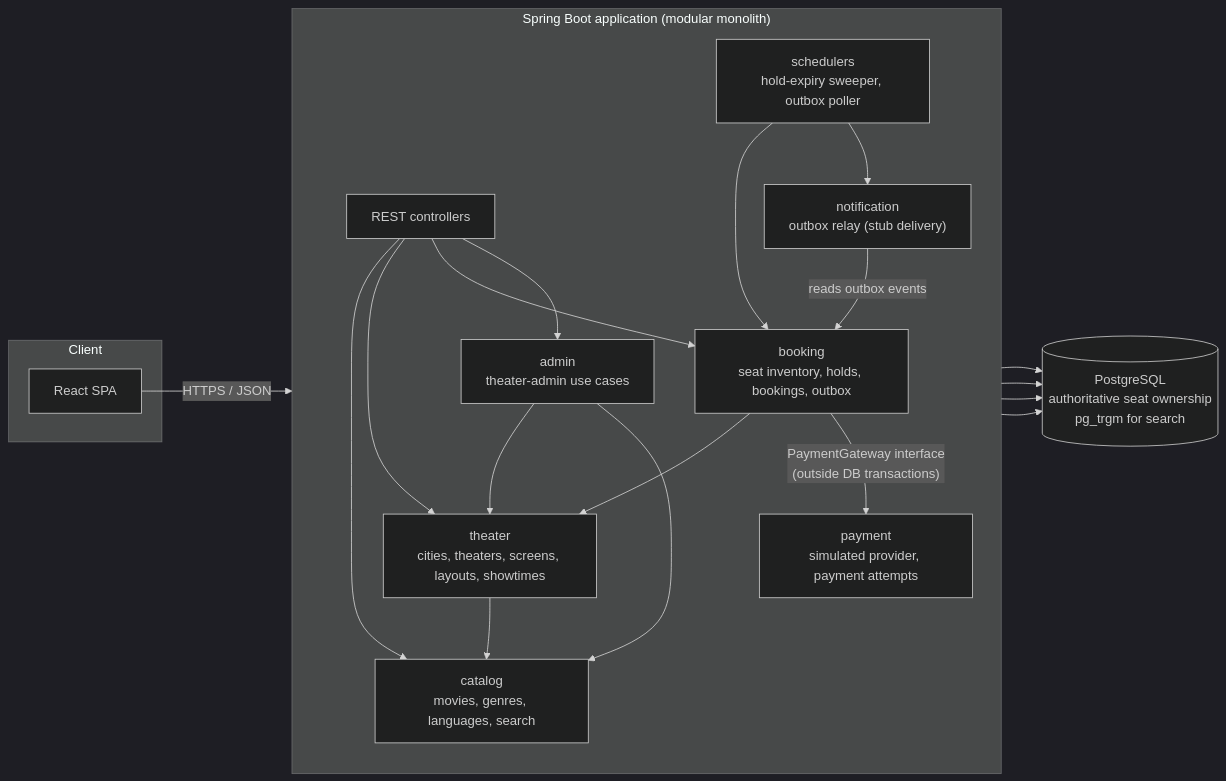
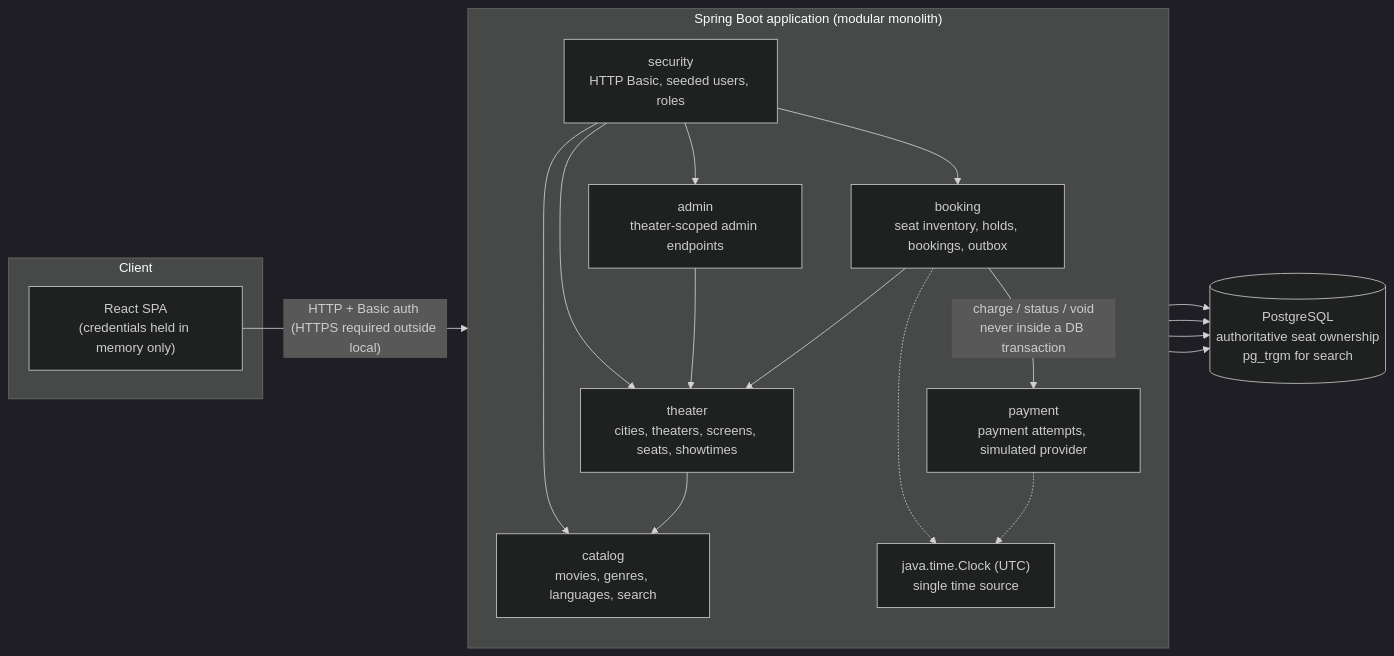
One commit to nikhilramakrishna3005/movie-ticket-booking-system changed the first of 4 diagrams in docs/architecture.md. Above: the diagram before and after it, drawn with Mermaid (dark theme). The commit also changed other lines of this file and 7 other files, not shown here.

````diff
--- a/docs/architecture.md
+++ b/docs/architecture.md
@@ -27,39 +33,35 @@
 ```mermaid
 flowchart LR
     subgraph Client
-        UI["React SPA"]
+        UI["React SPA<br/>(credentials held in memory only)"]
     end
 
     subgraph App["Spring Boot application (modular monolith)"]
         direction TB
-        API["REST controllers"]
+        SEC["security<br/>HTTP Basic, seeded users, roles"]
         CAT["catalog<br/>movies, genres, languages, search"]
-        THE["theater<br/>cities, theaters, screens, layouts, showtimes"]
+        THE["theater<br/>cities, theaters, screens, seats, showtimes"]
         BOOK["booking<br/>seat inventory, holds, bookings, outbox"]
-        PAY["payment<br/>simulated provider, payment attempts"]
-        ADM["admin<br/>theater-admin use cases"]
-        NOTIF["notification<br/>outbox relay (stub delivery)"]
-        JOBS["schedulers<br/>hold-expiry sweeper, outbox poller"]
+        PAY["payment<br/>payment attempts, simulated provider"]
+        ADM["admin<br/>theater-scoped admin endpoints"]
+        CLK["java.time.Clock (UTC)<br/>single time source"]
     end
 
     DB[("PostgreSQL<br/>authoritative seat ownership<br/>pg_trgm for search")]
 
-    UI -->|"HTTPS / JSON"| API
-    API --> CAT
-    API --> THE
-    API --> BOOK
-    API --> ADM
+    UI -->|"HTTP + Basic auth (HTTPS required outside local)"| SEC
+    SEC --> CAT
+    SEC --> THE
+    SEC --> BOOK
+    SEC --> ADM
     ADM --> THE
-    ADM --> CAT
     THE --> CAT
     BOOK --> THE
-    BOOK -->|"PaymentGateway interface<br/>(outside DB transactions)"| PAY
-    JOBS --> BOOK
-    JOBS --> NOTIF
-    NOTIF -->|"reads outbox events"| BOOK
-
+    BOOK -->|"charge / status / void<br/>never inside a DB transaction"| PAY
+    BOOK -.-> CLK
+    PAY -.-> CLK
     CAT --> DB
     THE --> DB
     BOOK --> DB
     PAY --> DB
 ```
````
